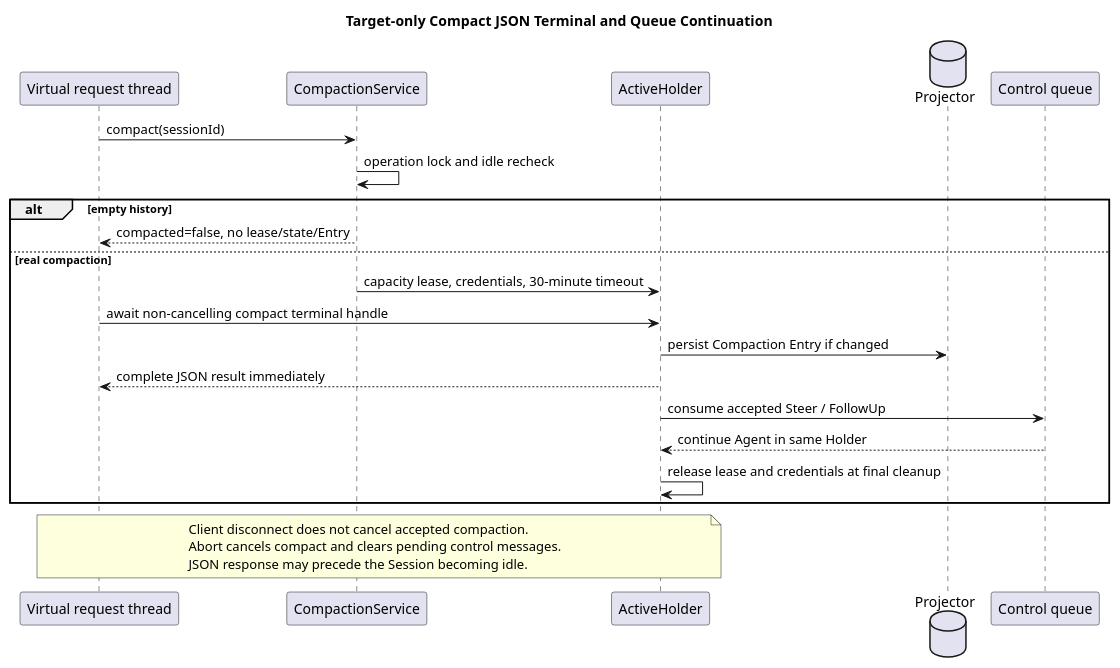
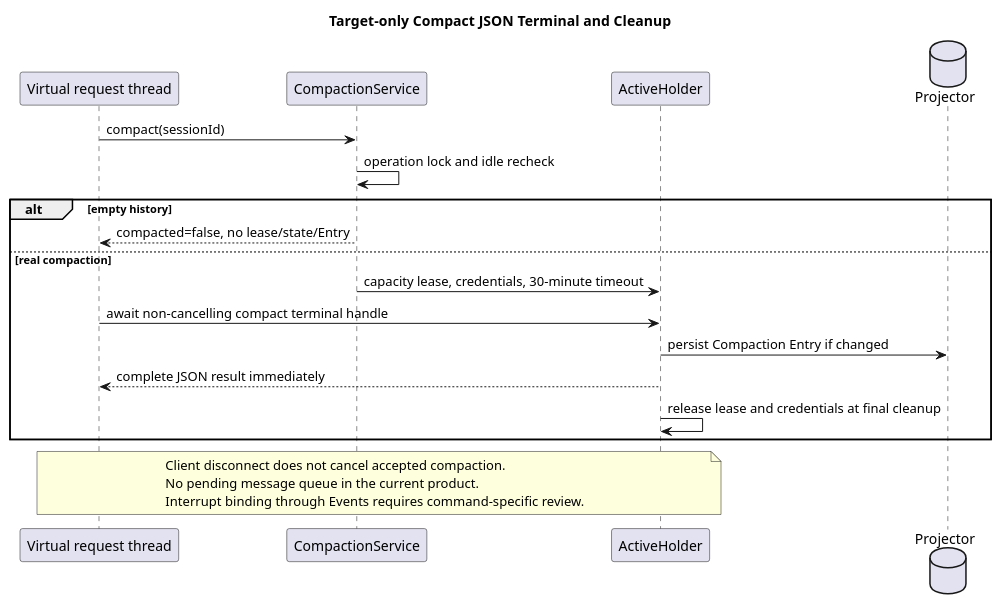
The third of 3 diagrams in 04-命令与技能/01-内置命令/设计图/diagram.puml (ssm0808/pi-mono-java-design), drawn with PlantUML before and after one commit. The commit also changed 46 other files, not shown here.

```diff
--- a/04-命令与技能/01-内置命令/设计图/diagram.puml
+++ b/04-命令与技能/01-内置命令/设计图/diagram.puml
@@ -60,30 +60,27 @@
 @startuml compact_command_execution
-title Target-only Compact JSON Terminal and Queue Continuation
+title Target-only Compact JSON Terminal and Cleanup
 ' Source evidence: pi-mono-java@d84dd3d6 modules/coding-agent-cli/src/main/java/com/campusclaw/codingagent/runtimeapi/event/RuntimeExecutionCoordinator.java.
 ' Source evidence: pi-mono-java@d84dd3d6 modules/coding-agent-cli/src/main/java/com/campusclaw/codingagent/runtimeapi/runtime/RuntimeSessionHolder.java.
 ' Architecture change: compact terminal Future is independent of Holder lifetime and request transport.
 skinparam shadowing false
 participant "Virtual request thread" as Http
 participant CompactionService as Service
 participant ActiveHolder as Holder
 database Projector
-participant "Control queue" as Queue
 Http -> Service : compact(sessionId)
 Service -> Service : operation lock and idle recheck
 alt empty history
   Service --> Http : compacted=false, no lease/state/Entry
 else real compaction
   Service -> Holder : capacity lease, credentials, 30-minute timeout
   Http -> Holder : await non-cancelling compact terminal handle
   Holder -> Projector : persist Compaction Entry if changed
   Holder --> Http : complete JSON result immediately
-  Holder -> Queue : consume accepted Steer / FollowUp
-  Queue --> Holder : continue Agent in same Holder
   Holder -> Holder : release lease and credentials at final cleanup
 end
 note over Http,Holder
 Client disconnect does not cancel accepted compaction.
-Abort cancels compact and clears pending control messages.
-JSON response may precede the Session becoming idle.
+No pending message queue in the current product.
+Interrupt binding through Events requires command-specific review.
 end note
 @enduml
```
